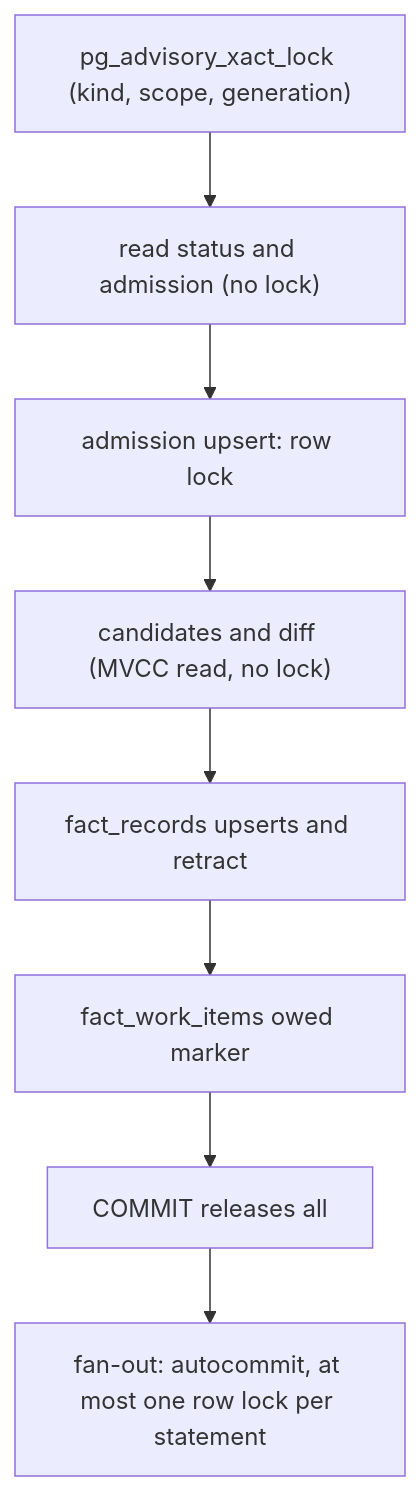
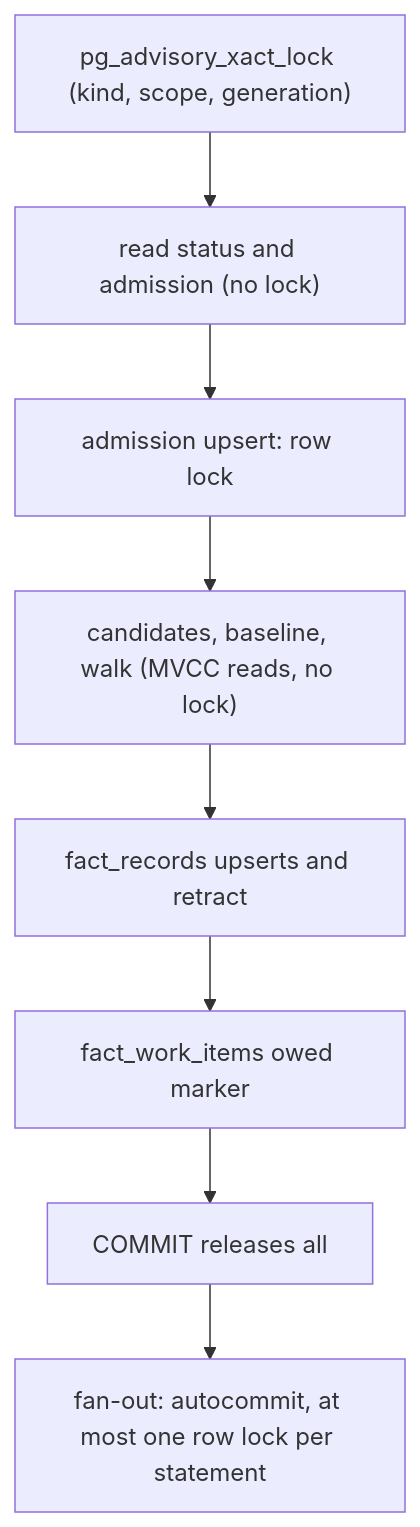
One commit to eshu-hq/eshu changed the second of 2 diagrams in docs/internal/design/10019-suppression-fanout.md. Above: the diagram before and after it, drawn with Mermaid. The commit also changed other lines of this file and 3 other files, not shown here.

````diff
--- a/docs/internal/design/10019-suppression-fanout.md
+++ b/docs/internal/design/10019-suppression-fanout.md
@@ -222,10 +312,10 @@
 ```mermaid
 flowchart TD
     A["pg_advisory_xact_lock (kind, scope, generation)"] --> B["read status and admission (no lock)"]
     B --> C["admission upsert: row lock"]
-    C --> D["candidates and diff (MVCC read, no lock)"]
+    C --> D["candidates, baseline, walk (MVCC reads, no lock)"]
     D --> E["fact_records upserts and retract"]
     E --> F["fact_work_items owed marker"]
     F --> G["COMMIT releases all"]
     G --> H["fan-out: autocommit, at most one row lock per statement"]
 ```
````
